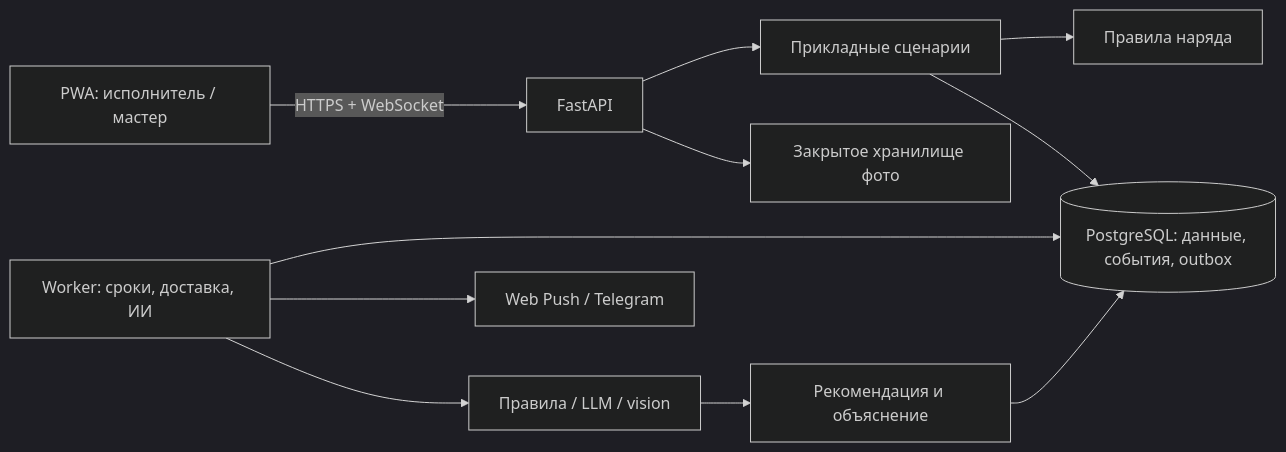
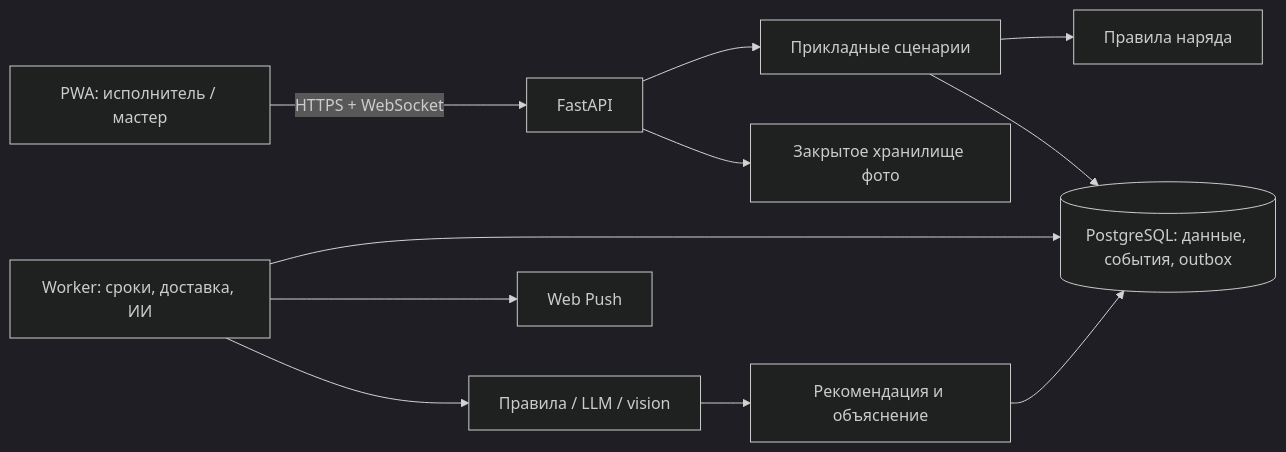
One commit to ZLHRS/Industry_Hackathon_McLOVINs_Case1 changed the first of 2 diagrams in docs/architecture.md. Above: the diagram before and after it, drawn with Mermaid (dark theme). The commit also changed other lines of this file and 39 other files, not shown here.

````diff
--- a/docs/architecture.md
+++ b/docs/architecture.md
@@ -14,13 +16,13 @@
 ```mermaid
 flowchart LR
     PWA["PWA: исполнитель / мастер"] -->|HTTPS + WebSocket| API["FastAPI"]
     API --> APP["Прикладные сценарии"]
     APP --> DOMAIN["Правила наряда"]
     APP --> DB[("PostgreSQL: данные, события, outbox")]
     API --> PHOTO["Закрытое хранилище фото"]
     WORKER["Worker: сроки, доставка, ИИ"] --> DB
     WORKER --> AI["Правила / LLM / vision"]
-    WORKER --> PUSH["Web Push / Telegram"]
+    WORKER --> PUSH["Web Push"]
     AI --> REVIEW["Рекомендация и объяснение"]
     REVIEW --> DB
 ```
````
